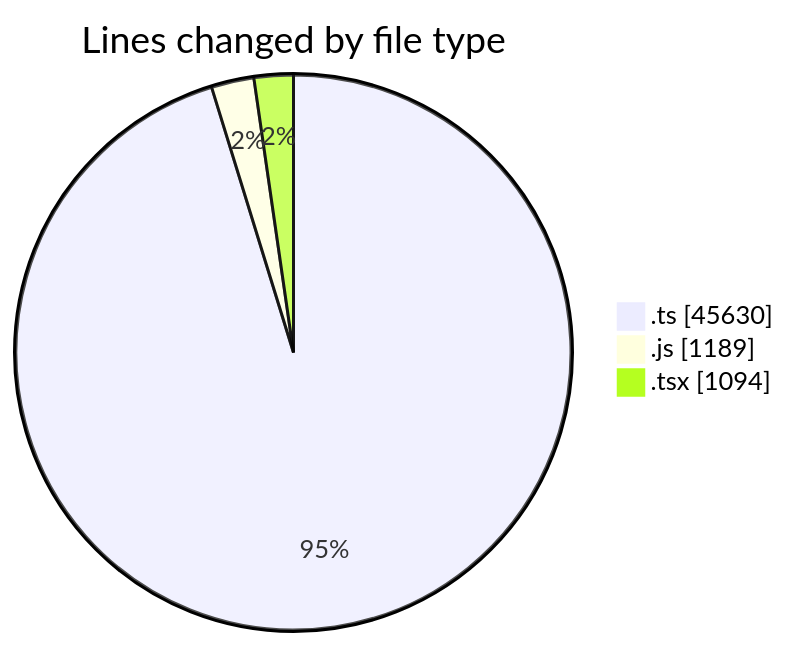
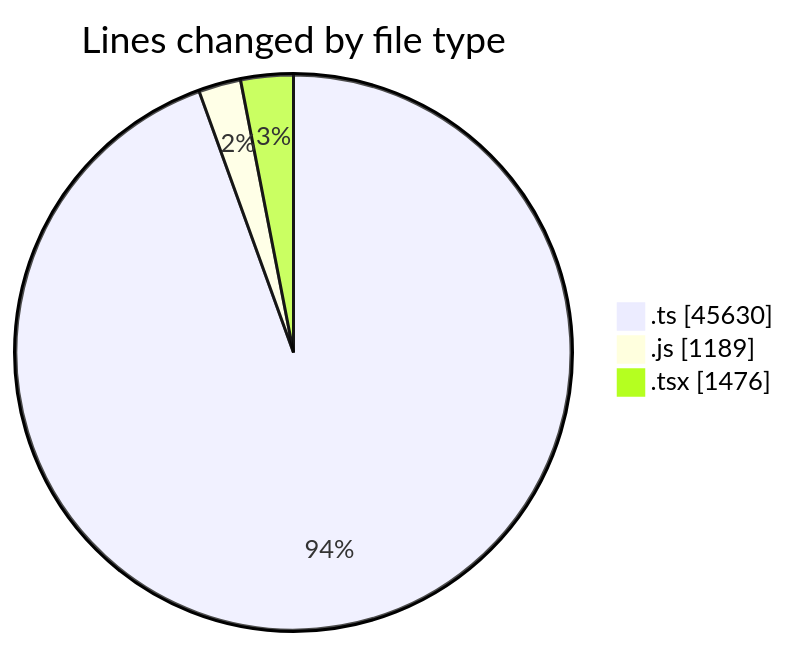
Before and after one commit to momahboobian/code-tracking: the first of 2 diagrams in 2026-11-03/cda/README.md, drawn with Mermaid. The commit also changed other lines of this file and 1 other file, not shown here.

````diff
--- a/2026-11-03/cda/README.md
+++ b/2026-11-03/cda/README.md
@@ -41,7 +42,7 @@
 ```mermaid
 pie showData
 title Lines changed by file type
 ".ts" : 45630
 ".js" : 1189
-".tsx" : 1094
+".tsx" : 1476
 ```
````
